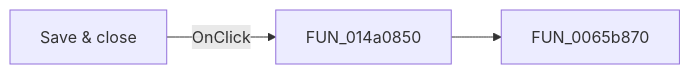
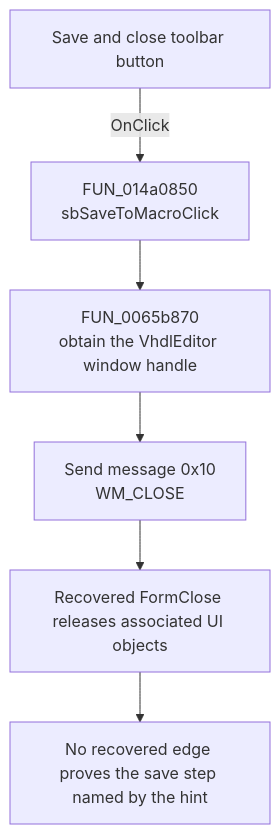
One commit to MovGP0/TIARA changed the diagram in docs/ui-controls/vhdleditor/sbsavetomacro-bc9f9d7ddf.md. Above: the diagram before and after it, drawn with Mermaid. The commit also changed other lines of this file and 1062 other files, not shown here.

````diff
--- a/docs/ui-controls/vhdleditor/sbsavetomacro-bc9f9d7ddf.md
+++ b/docs/ui-controls/vhdleditor/sbsavetomacro-bc9f9d7ddf.md
@@ -27,5 +43,8 @@
 ```mermaid
-flowchart LR
-    control["Save & close"] -->|OnClick| handler["FUN_014a0850"]
-    handler --> call1["FUN_0065b870"]
+flowchart TD
+    control["Save and close toolbar button"] -->|OnClick| handler["FUN_014a0850<br/>sbSaveToMacroClick"]
+    handler --> getHandle["FUN_0065b870<br/>obtain the VhdlEditor window handle"]
+    getHandle --> closeMessage["Send message 0x10<br/>WM_CLOSE"]
+    closeMessage --> formClose["Recovered FormClose releases associated UI objects"]
+    formClose --> gap["No recovered edge proves the save step named by the hint"]
 ```
````
